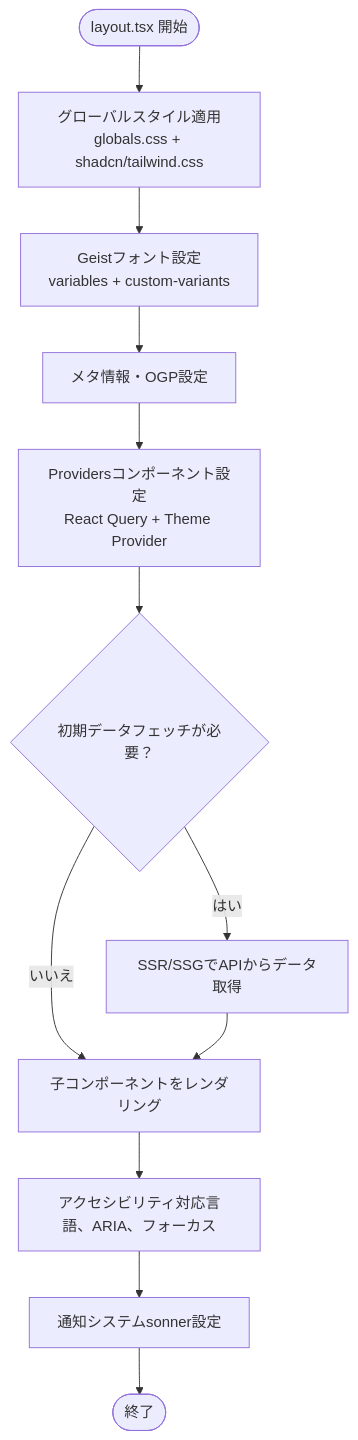
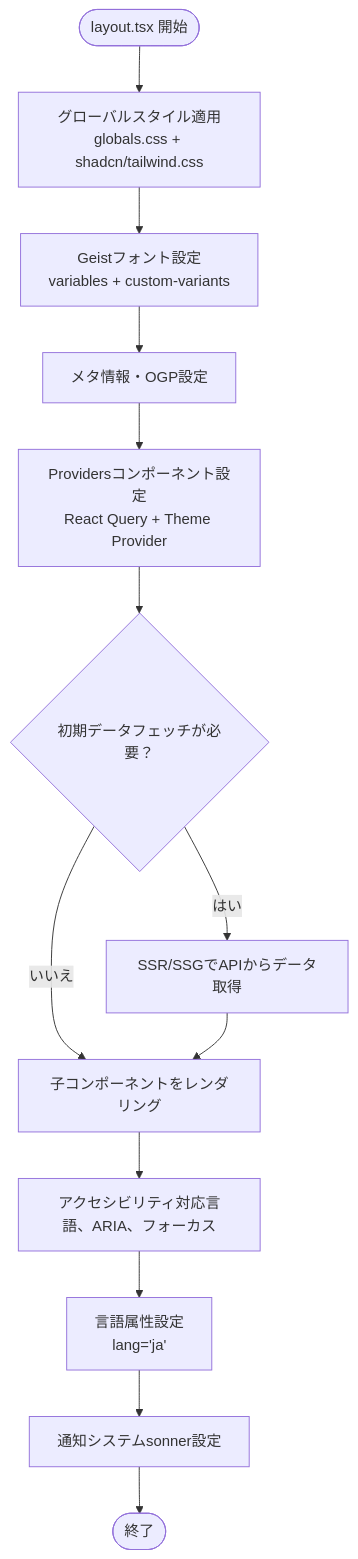
Before and after one commit to ss8806/Todos: the third of 13 diagrams in .qoder/repowiki/ja/content/フロントエンド開発.md, drawn with Mermaid. The commit also changed other lines of this file and 5 other files, not shown here.

````diff
--- a/.qoder/repowiki/ja/content/フロントエンド開発.md
+++ b/.qoder/repowiki/ja/content/フロントエンド開発.md
@@ -249,14 +260,15 @@
 ```mermaid
 flowchart TD
 Start(["layout.tsx 開始"]) --> ApplyGlobalStyles["グローバルスタイル適用<br/>globals.css + shadcn/tailwind.css"]
 ApplyGlobalStyles --> SetupFonts["Geistフォント設定<br/>variables + custom-variants"]
 SetupFonts --> SetupMeta["メタ情報・OGP設定"]
 SetupMeta --> SetupProviders["Providersコンポーネント設定<br/>React Query + Theme Provider"]
 SetupProviders --> SSRCheck{"初期データフェッチが必要？"}
 SSRCheck --> |はい| FetchData["SSR/SSGでAPIからデータ取得"]
 SSRCheck --> |いいえ| RenderChildren["子コンポーネントをレンダリング"]
 FetchData --> RenderChildren
 RenderChildren --> Accessibility["アクセシビリティ対応言語、ARIA、フォーカス"]
-Accessibility --> ToastNotification["通知システムsonner設定"]
+Accessibility --> LangAttribute["言語属性設定<br/>lang='ja'"]
+LangAttribute --> ToastNotification["通知システムsonner設定"]
 ToastNotification --> End(["終了"])
 ```
````
